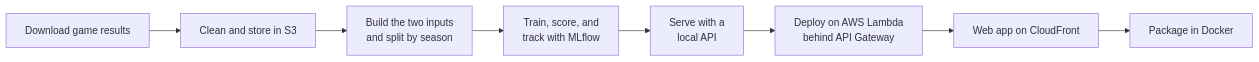
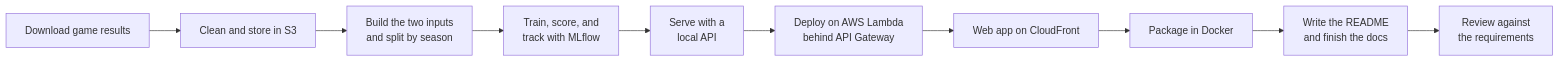
Before and after one commit to jconnors23/510-m3-nfl-prediction-analytics: the diagram in docs/index.md, drawn with Mermaid. The commit also changed other lines of this file and 14 other files, not shown here.

````diff
--- a/docs/index.md
+++ b/docs/index.md
@@ -23,10 +23,12 @@
 ```mermaid
 flowchart LR
     A[Download game results] --> B[Clean and store in S3]
     B --> C[Build the two inputs<br/>and split by season]
     C --> D[Train, score, and<br/>track with MLflow]
     D --> E[Serve with a<br/>local API]
     E --> F[Deploy on AWS Lambda<br/>behind API Gateway]
     F --> G[Web app on CloudFront]
     G --> H[Package in Docker]
+    H --> I[Write the README<br/>and finish the docs]
+    I --> J[Review against<br/>the requirements]
 ```
````
